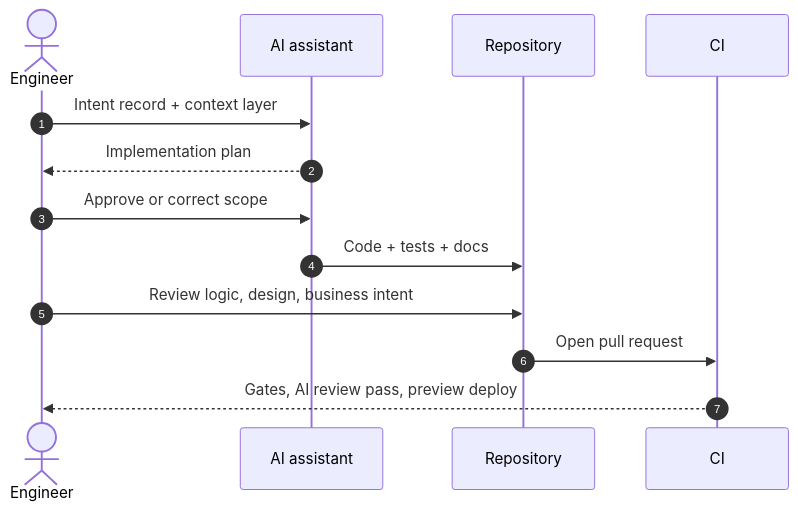
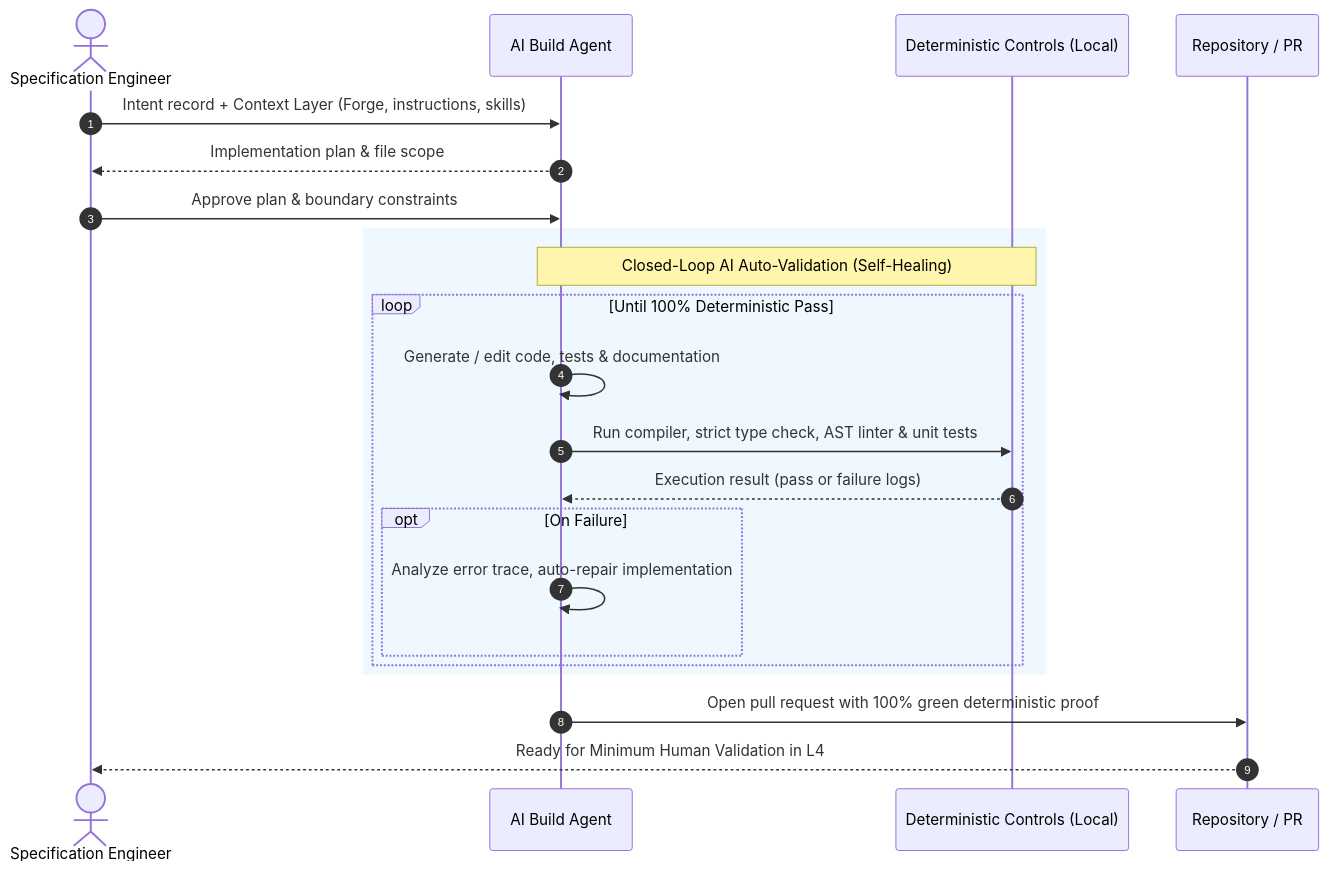
The diagram in website/docs/guide/layer-build.md (ALTEN-group/agentic-software-factory), drawn with Mermaid before and after one commit. The commit also changed other lines of this file and 20 other files, not shown here.

````diff
--- a/website/docs/guide/layer-build.md
+++ b/website/docs/guide/layer-build.md
@@ -14,19 +15,31 @@
 ```mermaid
 ---
-caption: Build loop for a single work item
+caption: Autonomous Build loop with closed-loop self-healing
 ---
 
 sequenceDiagram
   autonumber
-  actor e as Engineer
-  participant a as AI assistant
-  participant r as Repository
-  participant ci as CI
-  e->>a: Intent record + context layer
-  a-->>e: Implementation plan
-  e->>a: Approve or correct scope
-  a->>r: Code + tests + docs
-  e->>r: Review logic, design, business intent
-  r->>ci: Open pull request
-  ci-->>e: Gates, AI review pass, preview deploy
+  actor e as Specification Engineer
+  participant a as AI Build Agent
+  participant dc as Deterministic Controls (Local)
+  participant r as Repository / PR
+
+  e->>a: Intent record + Context Layer (Forge, instructions, skills)
+  a-->>e: Implementation plan & file scope
+  e->>a: Approve plan & boundary constraints
+  
+  rect rgb(240, 248, 255)
+    Note over a,dc: Closed-Loop AI Auto-Validation (Self-Healing)
+    loop Until 100% Deterministic Pass
+      a->>a: Generate / edit code, tests & documentation
+      a->>dc: Run compiler, strict type check, AST linter & unit tests
+      dc-->>a: Execution result (pass or failure logs)
+      opt On Failure
+        a->>a: Analyze error trace, auto-repair implementation
+      end
+    end
+  end
+
+  a->>r: Open pull request with 100% green deterministic proof
+  r-->>e: Ready for Minimum Human Validation in L4
 ```
````
